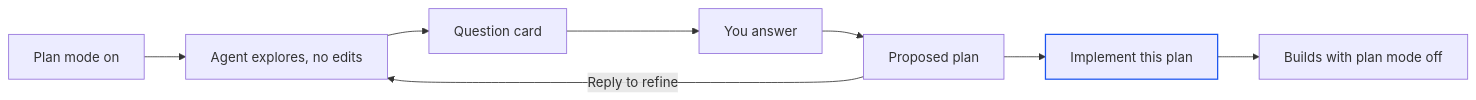
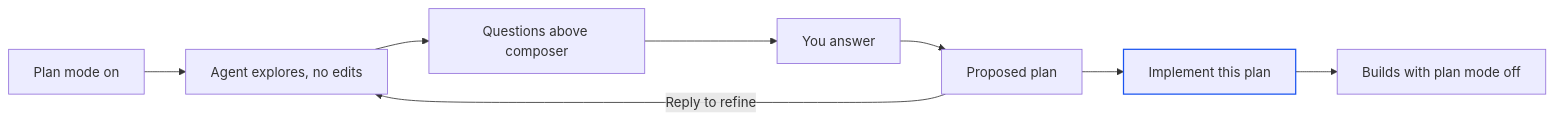
One commit to suyash-lyzr/alpha-documentation changed the diagram in chat/plan-mode.mdx. Above: the diagram before and after it, drawn with Mermaid. The commit also changed other lines of this file and 5 other files, not shown here.

Commit message:
docs: composer chips, the question dock, effort and Mermaid in the chat pages

````diff
--- a/chat/plan-mode.mdx
+++ b/chat/plan-mode.mdx
@@ -31,12 +31,12 @@
 ```mermaid
 flowchart LR
   A[Plan mode on] --> B[Agent explores, no edits]
-  B --> C[Question card]
+  B --> C[Questions above composer]
   C --> D[You answer]
   D --> E[Proposed plan]
   E -->|Reply to refine| B
   E --> F[Implement this plan]
   F --> G[Builds with plan mode off]
   classDef focus stroke:#1A54F0,stroke-width:1.5px;
   class F focus;
 ```
````
